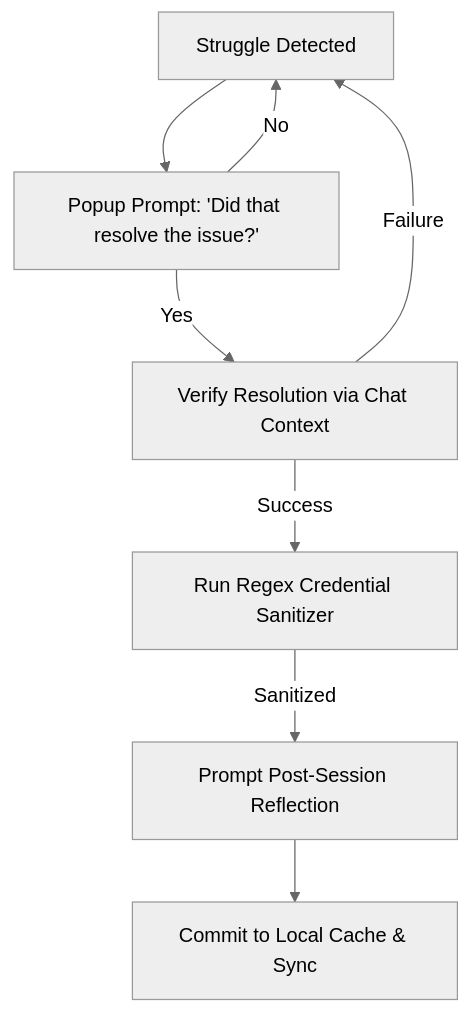
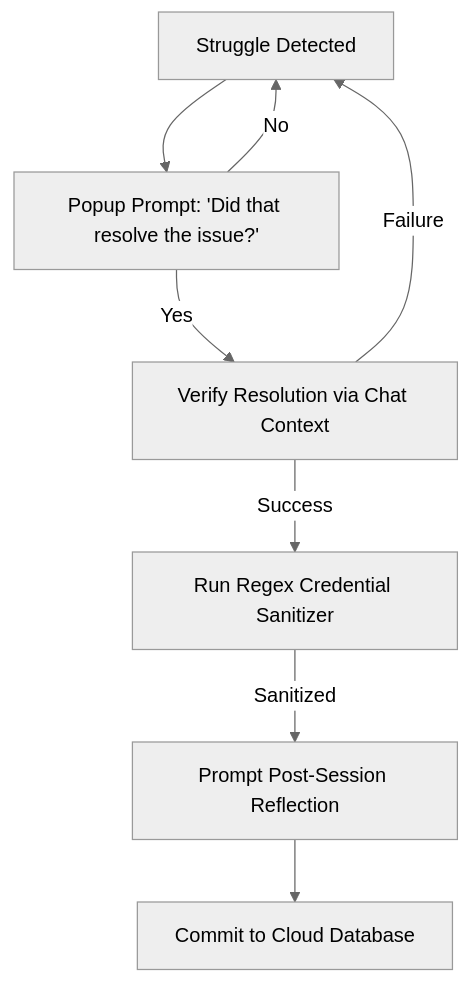
One commit to 6elax/design-direction2 changed the diagram in SKILL.md. Above: the diagram before and after it, drawn with Mermaid (neutral theme). The commit also changed other lines of this file and 5 other files, not shown here.

First line of the commit message:
refactor(database): shift logging pipeline from local SQLite to cloud Supabase

````diff
--- a/SKILL.md
+++ b/SKILL.md
@@ -71,10 +71,10 @@
 ```mermaid
 graph TD
     A[Struggle Detected] --> B[Popup Prompt: 'Did that resolve the issue?']
     B -->|Yes| C[Verify Resolution via Chat Context]
     B -->|No| A
     C -->|Success| D[Run Regex Credential Sanitizer]
     C -->|Failure| A
     D -->|Sanitized| E[Prompt Post-Session Reflection]
-    E --> F[Commit to Local Cache & Sync]
+    E --> F[Commit to Cloud Database]
 ```
````
